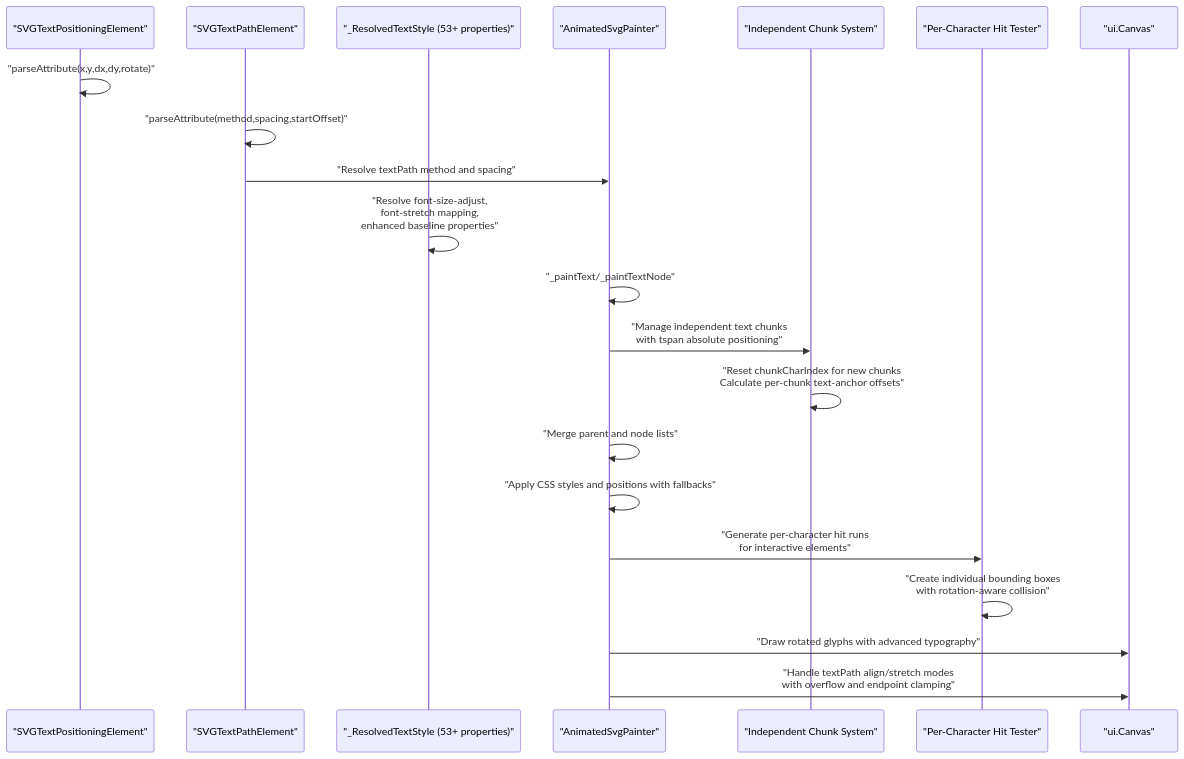
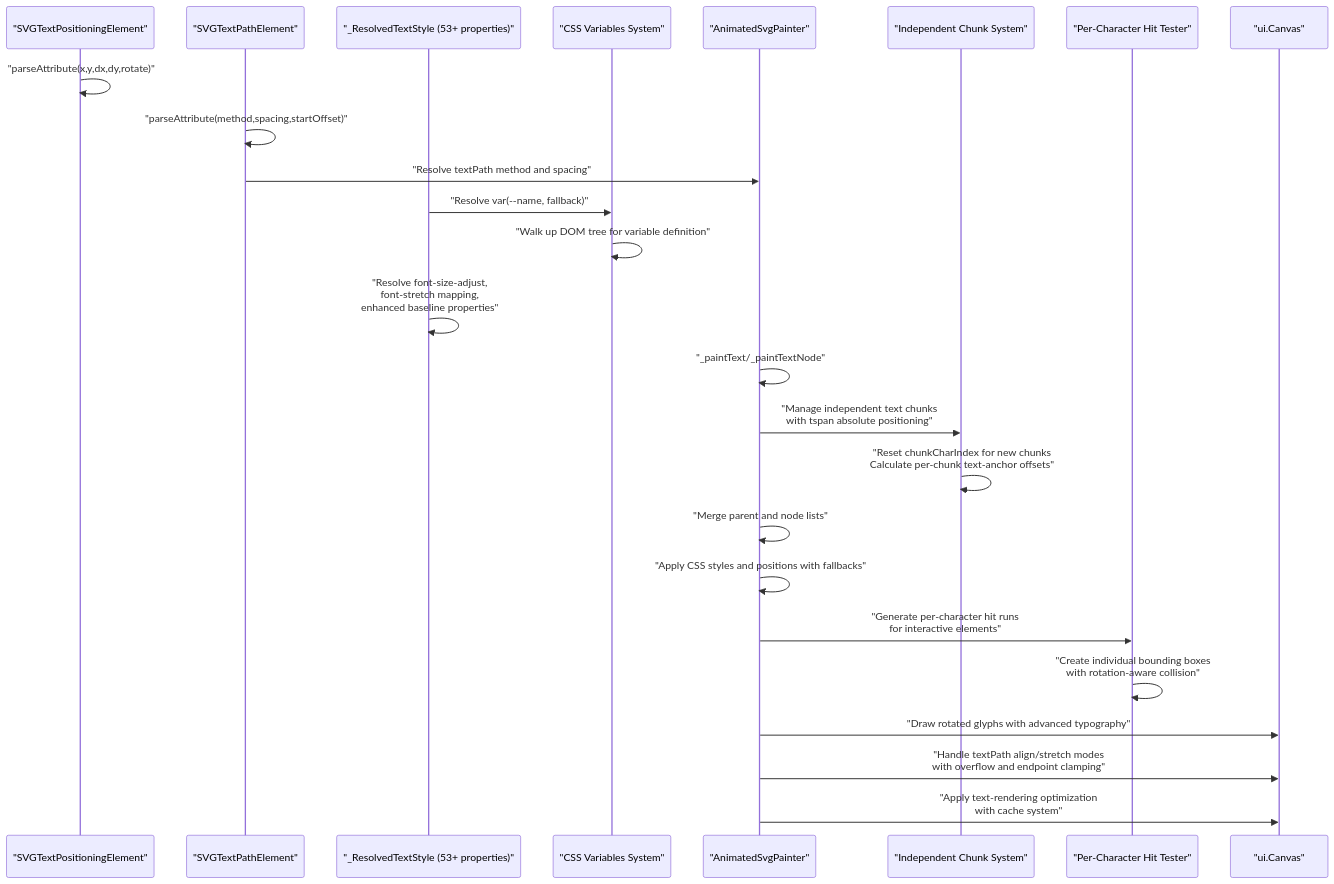
Before and after one commit to denisnadey/flutter_full_svg_support: the second of 5 diagrams in .qoder/repowiki/en/content/Animated SVG Support/Text Positioning Attributes.md, drawn with Mermaid. The commit also changed other lines of this file and 18 other files, not shown here.

````diff
--- a/.qoder/repowiki/en/content/Animated SVG Support/Text Positioning Attributes.md
+++ b/.qoder/repowiki/en/content/Animated SVG Support/Text Positioning Attributes.md
@@ -170,23 +196,27 @@
 ```mermaid
 sequenceDiagram
 participant Parser as "SVGTextPositioningElement"
 participant TextPath as "SVGTextPathElement"
 participant CSSResolver as "_ResolvedTextStyle (53+ properties)"
+participant CSSVars as "CSS Variables System"
 participant Renderer as "AnimatedSvgPainter"
 participant ChunkSystem as "Independent Chunk System"
 participant HitTester as "Per-Character Hit Tester"
 participant Canvas as "ui.Canvas"
 Parser->>Parser : "parseAttribute(x,y,dx,dy,rotate)"
 TextPath->>TextPath : "parseAttribute(method,spacing,startOffset)"
 TextPath->>Renderer : "Resolve textPath method and spacing"
+CSSResolver->>CSSVars : "Resolve var(--name, fallback)"
+CSSVars->>CSSVars : "Walk up DOM tree for variable definition"
 CSSResolver->>CSSResolver : "Resolve font-size-adjust,<br/>font-stretch mapping,<br/>enhanced baseline properties"
 Renderer->>Renderer : "_paintText/_paintTextNode"
 Renderer->>ChunkSystem : "Manage independent text chunks<br/>with tspan absolute positioning"
 ChunkSystem->>ChunkSystem : "Reset chunkCharIndex for new chunks<br/>Calculate per-chunk text-anchor offsets"
 Renderer->>Renderer : "Merge parent and node lists"
 Renderer->>Renderer : "Apply CSS styles and positions with fallbacks"
 Renderer->>HitTester : "Generate per-character hit runs<br/>for interactive elements"
 HitTester->>HitTester : "Create individual bounding boxes<br/>with rotation-aware collision"
 Renderer->>Canvas : "Draw rotated glyphs with advanced typography"
 Renderer->>Canvas : "Handle textPath align/stretch modes<br/>with overflow and endpoint clamping"
+Renderer->>Canvas : "Apply text-rendering optimization<br/>with cache system"
 ```
````
